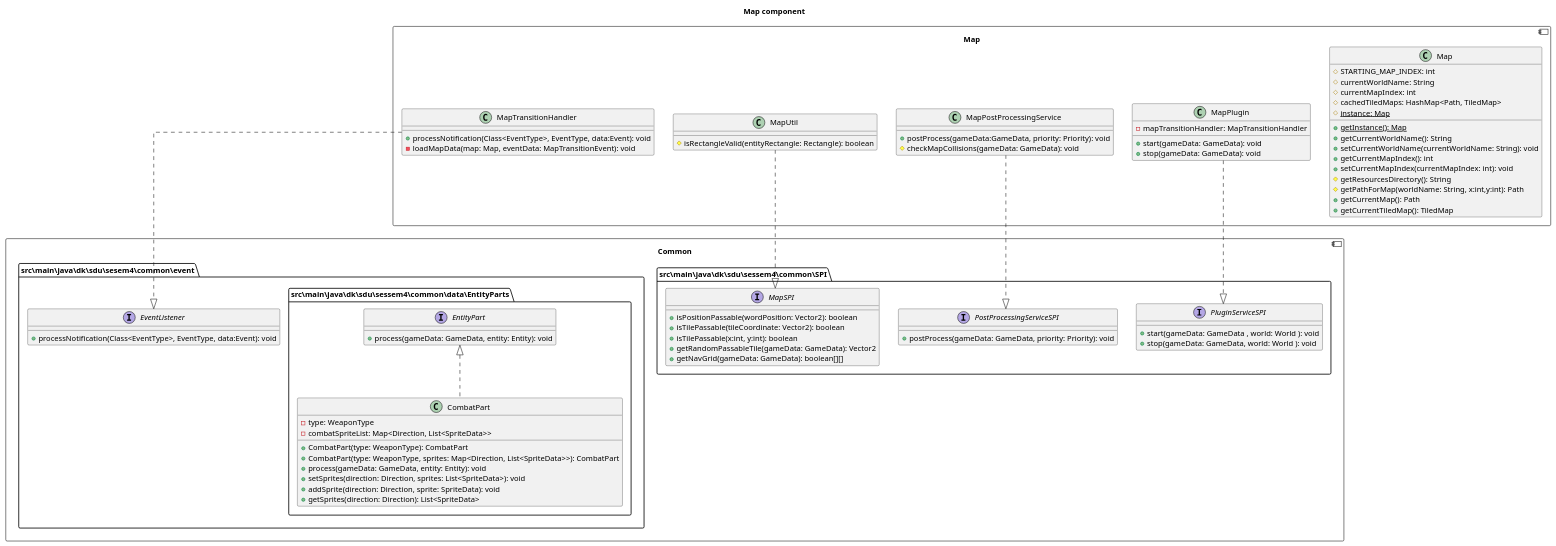
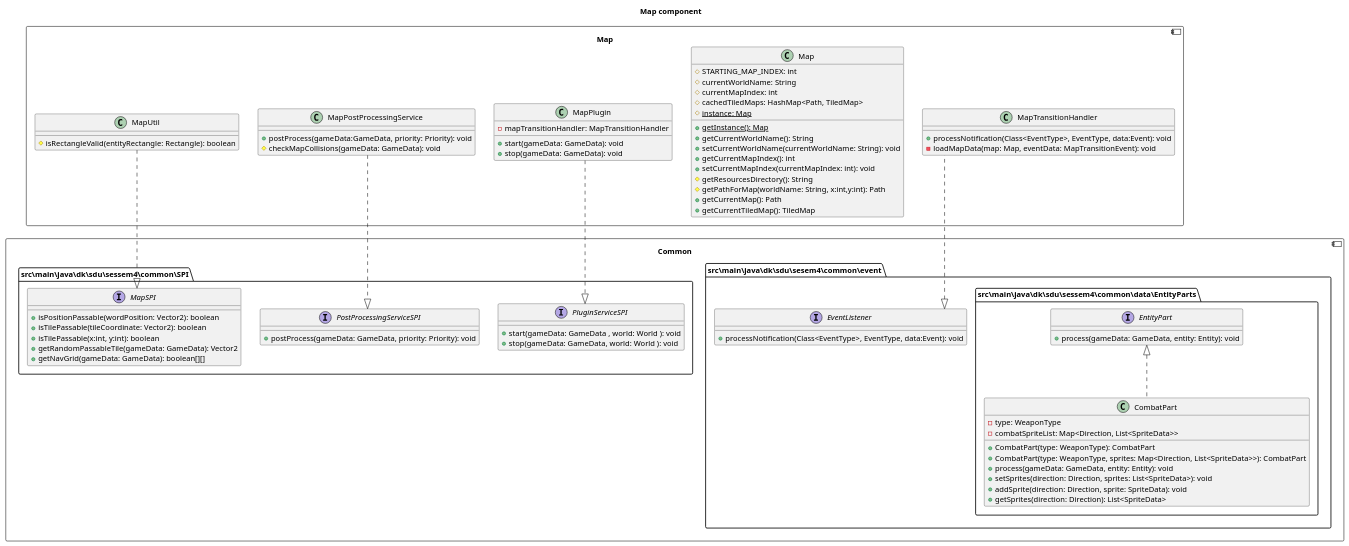
Before and after one commit to sesem4/Nelda: the diagram in docs/diagrams/ClassDiagrams/Map component.puml, drawn with PlantUML.

Commit message:
implementation component diagram update

```diff
--- a/docs/diagrams/ClassDiagrams/Map component.puml
+++ b/docs/diagrams/ClassDiagrams/Map component.puml
@@ -1,90 +1,90 @@
 @startuml Class diagram
 title Map component
+skinparam linetype ortho
 component "Map"{
 
-top to bottom direction
-skinparam linetype ortho
+
 
 class Map {
   # STARTING_MAP_INDEX: int
   # currentWorldName: String
   # currentMapIndex: int
  # cachedTiledMaps: HashMap<Path, TiledMap>
    #{static}instance: Map
   + {static} getInstance(): Map
   + getCurrentWorldName(): String
   + setCurrentWorldName(currentWorldName: String): void
   + getCurrentMapIndex(): int
   + setCurrentMapIndex(currentMapIndex: int): void
   # getResourcesDirectory(): String
   # getPathForMap(worldName: String, x:int,y:int): Path
   + getCurrentMap(): Path
   + getCurrentTiledMap(): TiledMap
 
 }
 class MapPlugin {
    - mapTransitionHandler: MapTransitionHandler
   + start(gameData: GameData): void
   + stop(gameData: GameData): void
 }
 class MapPostProcessingService {
   + postProcess(gameData:GameData, priority: Priority): void
   # checkMapCollisions(gameData: GameData): void
 }
 class MapTransitionHandler {
     + processNotification(Class<EventType>, EventType, data:Event): void
   - loadMapData(map: Map, eventData: MapTransitionEvent): void
 }
 class MapUtil {
   # isRectangleValid(entityRectangle: Rectangle): boolean
 }
 }
 
 component "Common" {
     package src\main\java\dk\sdu\sessem4\common\SPI {
 
 
         interface PluginServiceSPI {
             +  start(gameData: GameData , world: World ): void
             +  stop(gameData: GameData, world: World ): void
         }
         interface PostProcessingServiceSPI {
             + postProcess(gameData: GameData, priority: Priority): void
         }
         interface MapSPI{
             + isPositionPassable(wordPosition: Vector2): boolean
             + isTilePassable(tileCoordinate: Vector2): boolean
             + isTilePassable(x:int, y:int): boolean
             + getRandomPassableTile(gameData: GameData): Vector2
             + getNavGrid(gameData: GameData): boolean[][]
         }
     }
     package src\main\java\dk\sdu\sesem4\common\event{
     interface EventListener{
     + processNotification(Class<EventType>, EventType, data:Event): void
     }
 
     package src\main\java\dk\sdu\sessem4\common\data\EntityParts  {
         interface EntityPart {
             + process(gameData: GameData, entity: Entity): void
         }
 
         class CombatPart implements EntityPart {
             - type: WeaponType
             - combatSpriteList: Map<Direction, List<SpriteData>>
 
             + CombatPart(type: WeaponType): CombatPart
             + CombatPart(type: WeaponType, sprites: Map<Direction, List<SpriteData>>): CombatPart
             + process(gameData: GameData, entity: Entity): void
             + setSprites(direction: Direction, sprites: List<SpriteData>): void
             + addSprite(direction: Direction, sprite: SpriteData): void
             + getSprites(direction: Direction): List<SpriteData>
         }
     }
 }
-MapPlugin ..|> PluginServiceSPI
-MapPostProcessingService ..|> PostProcessingServiceSPI
-MapTransitionHandler ..|> EventListener
+MapPlugin ..down|> PluginServiceSPI
+MapPostProcessingService ..down|> PostProcessingServiceSPI
+MapTransitionHandler ..left|> EventListener
 MapUtil ..|> MapSPI
 
 @enduml
```
